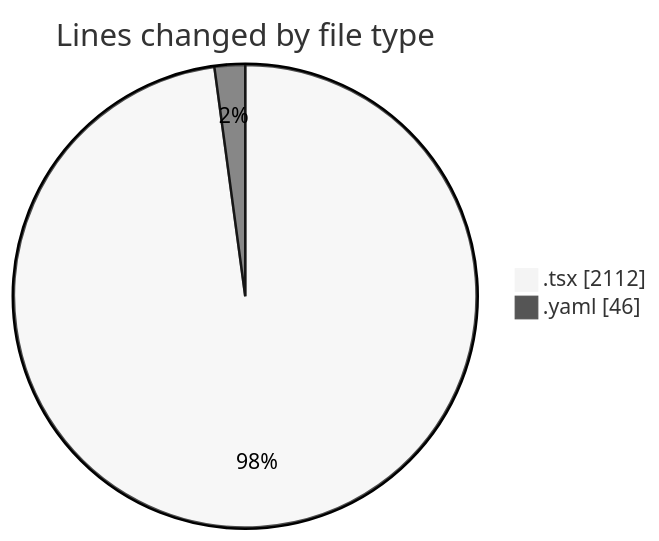
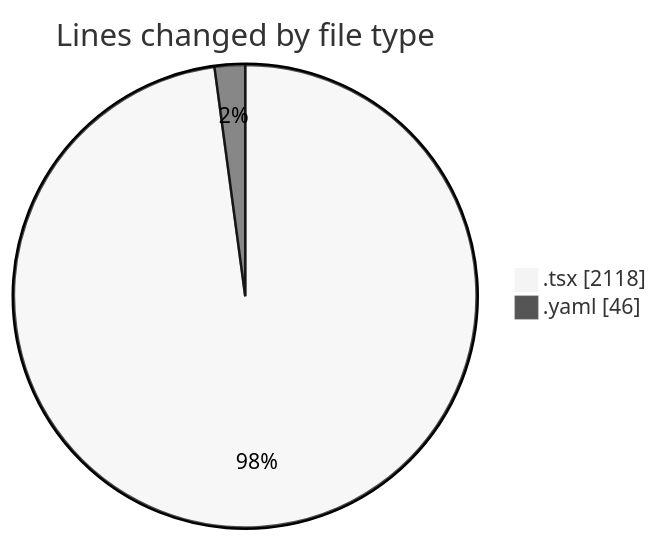
Before and after one commit to momahboobian/code-tracking: the first of 2 diagrams in 2025-11-20/cda/README.md, drawn with Mermaid (neutral theme). The commit also changed other lines of this file and 1 other file, not shown here.

````diff
--- a/2025-11-20/cda/README.md
+++ b/2025-11-20/cda/README.md
@@ -30,6 +30,6 @@
 ```mermaid
 pie showData
 title Lines changed by file type
-".tsx" : 2112
+".tsx" : 2118
 ".yaml" : 46
 ```
````
